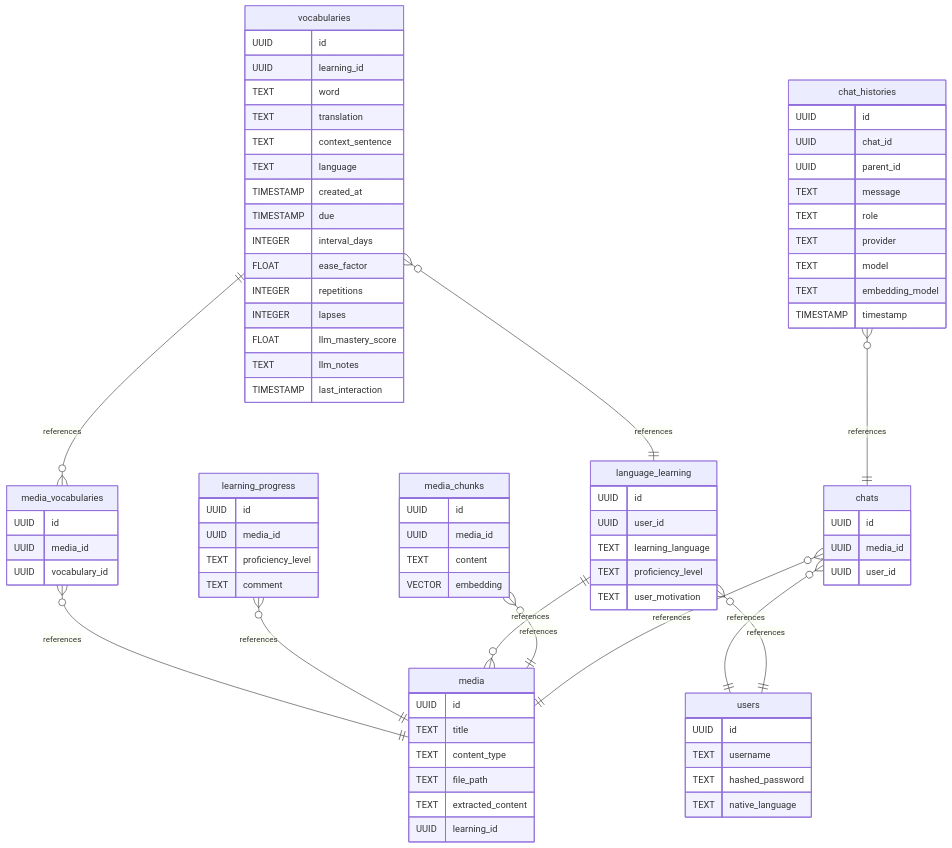
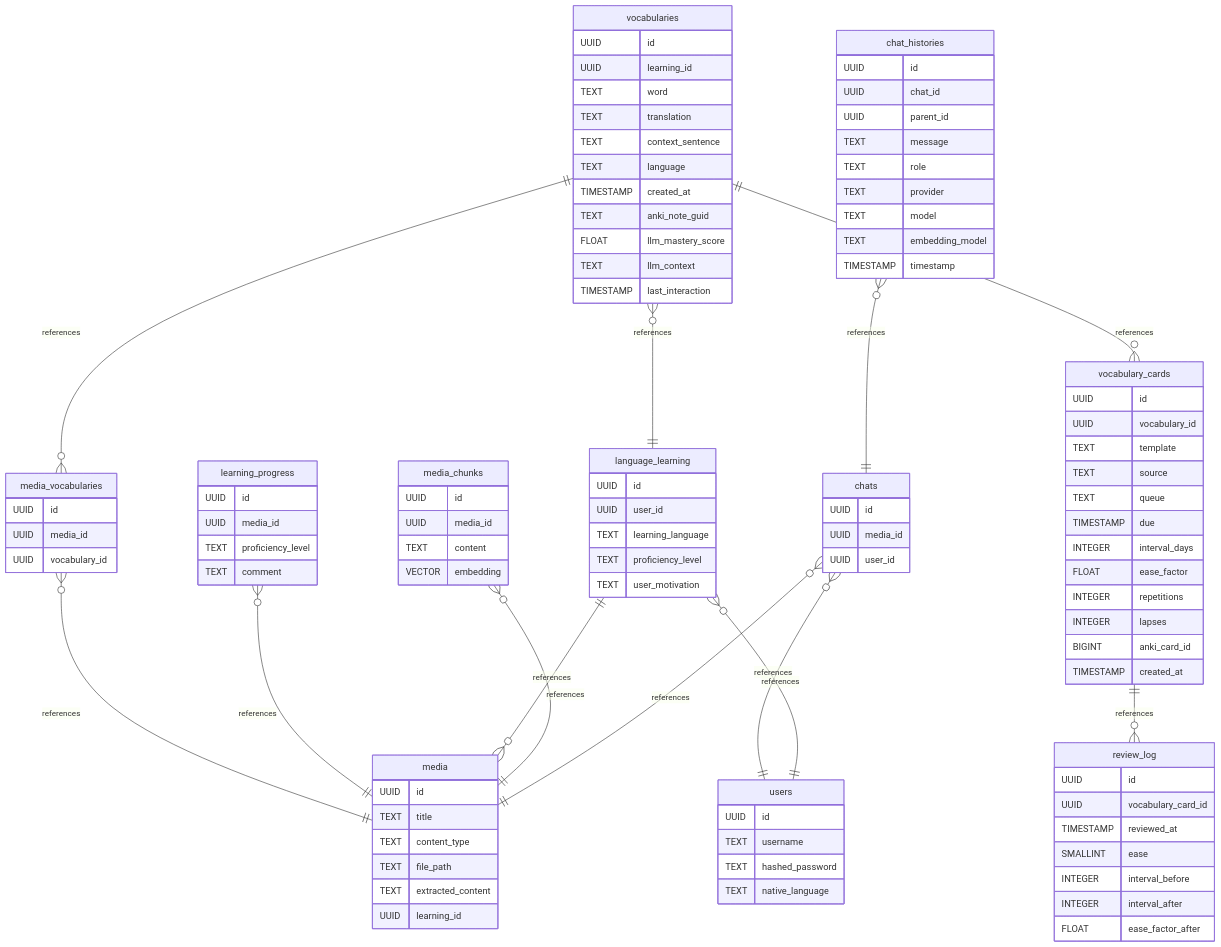
The second of 2 diagrams in README.md (BurkhardtJan/Dengwa-AI), drawn with Mermaid before and after one commit. The commit also changed other lines of this file and 6 other files, not shown here.

```diff
--- a/README.md
+++ b/README.md
@@ -291,6 +295,8 @@
     media_vocabularies }o--|| media: references
     vocabularies ||--o{ media_vocabularies: references
     vocabularies }o--|| language_learning: references
+    vocabularies ||--o{ vocabulary_cards: references
+    vocabulary_cards ||--o{ review_log: references
     chats }o--|| users: references
 
     users {
@@ -323,14 +329,35 @@
         TEXT context_sentence
         TEXT language
         TIMESTAMP created_at
+        TEXT anki_note_guid
+        FLOAT llm_mastery_score
+        TEXT llm_context
+        TIMESTAMP last_interaction
+    }
+
+    vocabulary_cards {
+        UUID id
+        UUID vocabulary_id
+        TEXT template
+        TEXT source
+        TEXT queue
         TIMESTAMP due
         INTEGER interval_days
         FLOAT ease_factor
         INTEGER repetitions
         INTEGER lapses
-        FLOAT llm_mastery_score
-        TEXT llm_notes
-        TIMESTAMP last_interaction
+        BIGINT anki_card_id
+        TIMESTAMP created_at
+    }
+
+    review_log {
+        UUID id
+        UUID vocabulary_card_id
+        TIMESTAMP reviewed_at
+        SMALLINT ease
+        INTEGER interval_before
+        INTEGER interval_after
+        FLOAT ease_factor_after
     }
 
     chats {
```
